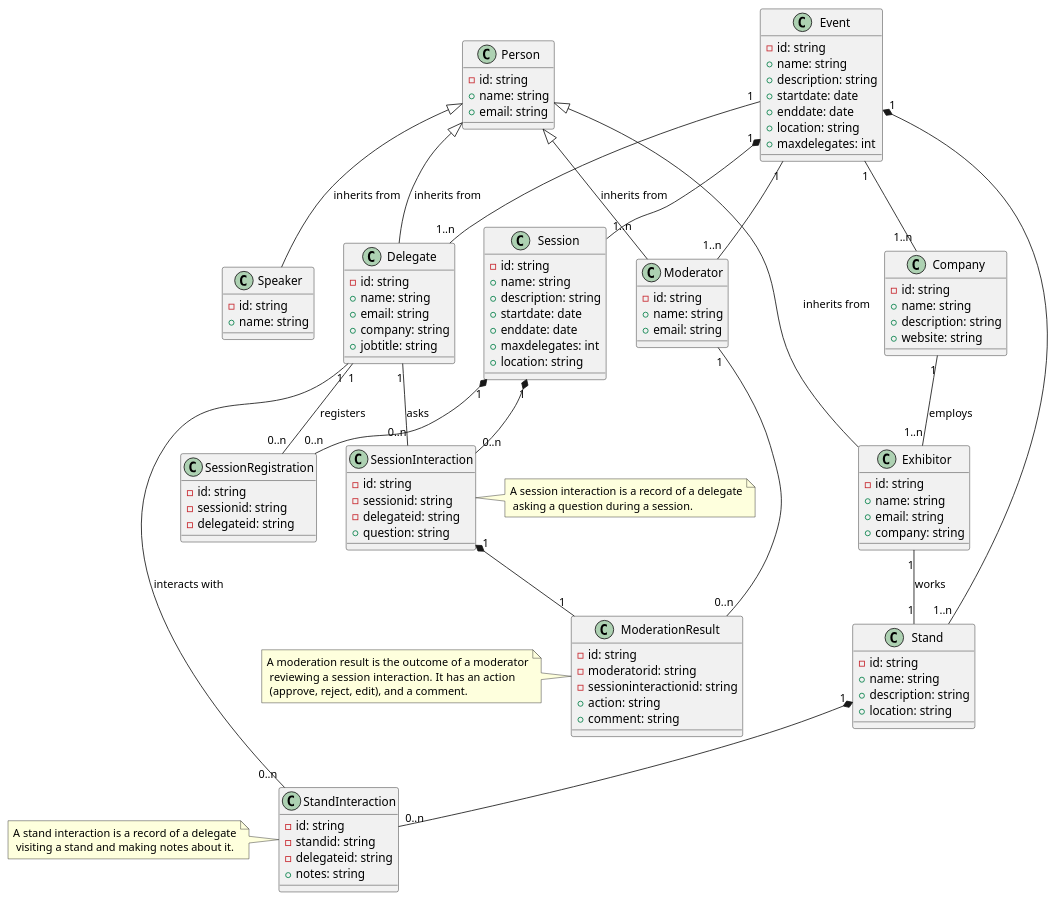
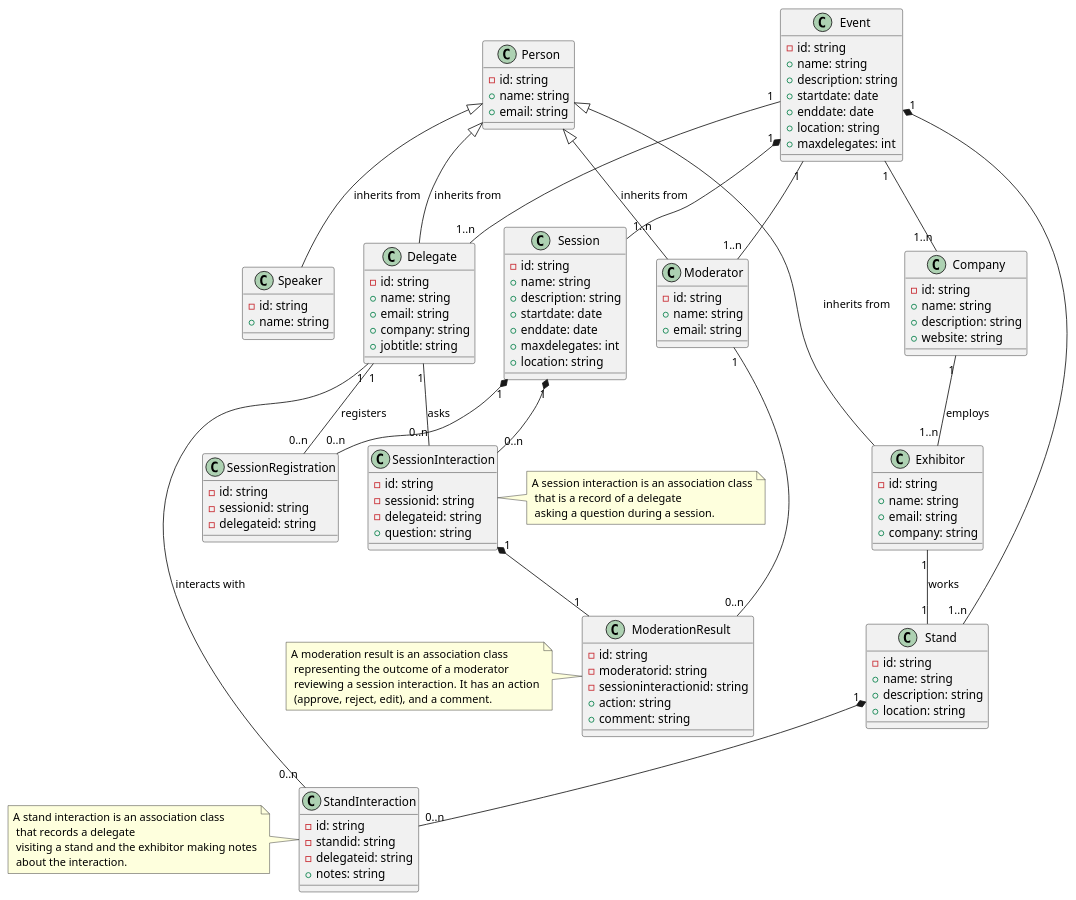
Before and after one commit to CSC-40084-Group-7/BMI2-UML: the diagram in BookMeIn2.puml, drawn with PlantUML.

Commit message:
add relationships

```diff
--- a/BookMeIn2.puml
+++ b/BookMeIn2.puml
@@ -1,153 +1,153 @@
 @startuml BookMeIn2
 
 /'
 Glossary
 
 Event: The event that is happening, e.g. App Development in a mobile world.
 Delegates: People attending the event, sometimes on behalf of a company.
 Exhibitor: A person attending the event on behalf of their company. Each Exhibitor works at one stand.
 Moderator: Works in the background during a session filtering the questions sent in by delegates, for the purpose of avoiding anything unsuitable being sent to the speaker, and amalgamating similar questions into one so as to avoid repeating the same question
 Session: A talk or presentation happening at the event. Several of these can happen at the same time at larger events and delegates would have to choose which ones they want to attend.  Sometimes these can require a pre-registration of interest to allow entry.
 Speaker: An individual presenting the session. These can be the same as exhibitors, or they may be completely independent.
 Stand: One per company at the event. These companies are ones that have paid to have a stand at the event.  Often these will be sponsors of the event looking to sell some sort of software or service to the delegates.   Multiple Exhibitors may work on one stand though.
 '/
 
 ' Entities
 
 class "Event" as event {
     - id: string
     + name: string
     + description: string
     + startdate: date
     + enddate: date
     + location: string
     + maxdelegates: int
 }
 
 class "Person" as person {
     - id: string
     + name: string
     + email: string
 }
 
 class "Delegate" as delegate {
     - id: string
     + name: string
     + email: string
     + company: string
     + jobtitle: string
 }
 
 class "Exhibitor" as exhibitor {
     - id: string
     + name: string
     + email: string
     + company: string
 }
 
 class "Moderator" as moderator {
     - id: string
     + name: string
     + email: string
 }
 
 class "Session" as session {
     - id: string
     + name: string
     + description: string
     + startdate: date
     + enddate: date
     + maxdelegates: int
     + location: string
 }
 
 class "Speaker" as speaker {
     - id: string
     + name: string
 }
 
 class "Stand" as stand {
     - id: string
     + name: string
     + description: string
     + location: string
 }
 
 class "Company" as company {
     - id: string
     + name: string
     + description: string
     + website: string
 }
 
 class "SessionRegistration" as sessionregistration {
     - id: string
     - sessionid: string
     - delegateid: string
 }
 
 class "StandInteraction" as standinteraction {
     - id: string
     - standid: string
     - delegateid: string
     + notes: string
 }
 
 class "SessionInteraction" as sessioninteraction {
     - id: string
     - sessionid: string
     - delegateid: string
     + question: string
 }
 
 class "ModerationResult" as moderationresult {
     - id: string
     - moderatorid: string
     - sessioninteractionid: string
     + action: string
     + comment: string
 }
 
 ' Relationships
 
 event "1" -- "1..n" delegate
 event "1" -- "1..n" moderator
 event "1" -- "1..n" company
 
 delegate "1" -- "0..n" standinteraction : interacts with
 delegate "1" -- "0..n" sessioninteraction : asks
 delegate "1" -- "0..n" sessionregistration : registers
 
 exhibitor "1" -- "1" stand : works
 
 company "1" -- "1..n" exhibitor : employs
 
 moderator "1" -- "0..n" moderationresult 
 
 
 ' Inheritance
 
 person <|-- delegate : inherits from
 person <|-- exhibitor : inherits from
 person <|-- moderator : inherits from
 person <|-- speaker : inherits from
 
 ' Composition
 
 event "1" *-- "1..n" session
 event "1" *-- "1..n" stand
 
 ' Aggregation
 
 session "1" *-- "0..n" sessioninteraction
 session "1" *-- "0..n" sessionregistration
 stand "1" *-- "0..n" standinteraction
 sessioninteraction "1" *-- "1" moderationresult
 
 ' Notes
 
-note left of moderationresult : A moderation result is the outcome of a moderator\n reviewing a session interaction.  It has an action\n (approve, reject, edit), and a comment.
-note left of standinteraction : A stand interaction is a record of a delegate\n visiting a stand and making notes about it.
-note right of sessioninteraction : A session interaction is a record of a delegate\n asking a question during a session.
+note left of moderationresult : A moderation result is an association class\n representing the outcome of a moderator\n reviewing a session interaction.  It has an action\n (approve, reject, edit), and a comment.
+note left of standinteraction : A stand interaction is an association class\n that records a delegate\n visiting a stand and the exhibitor making notes\n about the interaction.
+note right of sessioninteraction : A session interaction is an association class\n that is a record of a delegate\n asking a question during a session.
 
 @enduml
```
